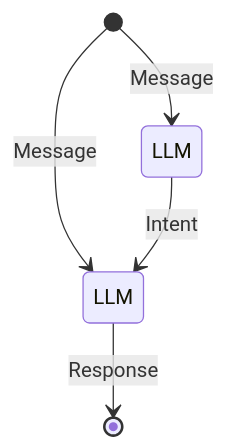
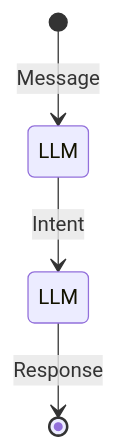
The second of 9 diagrams in src/Tidepool/Graph/diagrams.md (tidepool-heavy-industries/exomonad), drawn with Mermaid before and after one commit. The commit also changed other lines of this file and 1 other file, not shown here.

First line of the commit message:
Fix spurious entry edges in Mermaid diagrams

````diff
--- a/src/Tidepool/Graph/diagrams.md
+++ b/src/Tidepool/Graph/diagrams.md
@@ -40,13 +36,9 @@
 ```mermaid
 stateDiagram-v2
-
-    %% State definitions
     classify : LLM
     respond : LLM
 
-    %% Transitions
     [*] --> classify: Message
-    [*] --> respond: Message
     classify --> respond: Intent
     respond --> [*]: Response
 ```
````
